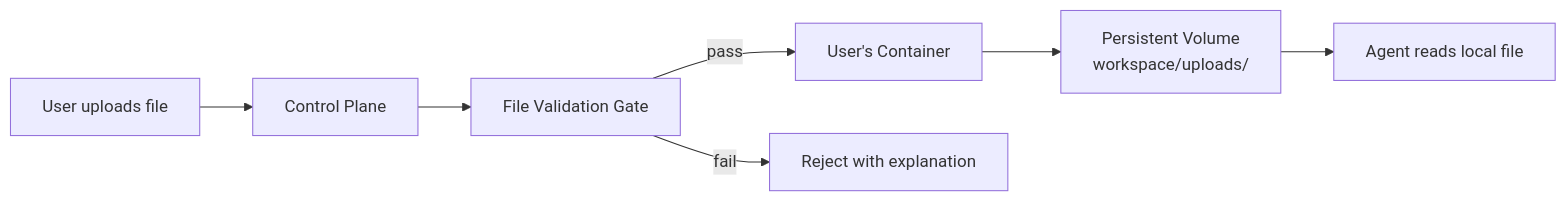
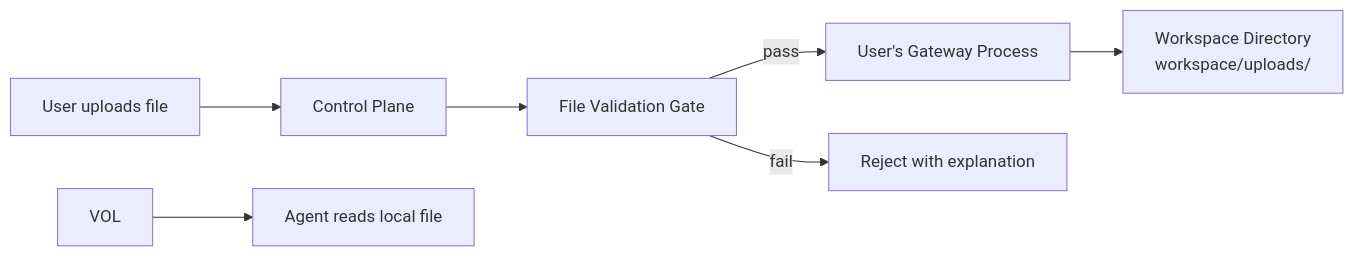
One commit to 1qh/claw changed the first of 2 diagrams in brainstorm/file-handling.md. Above: the diagram before and after it, drawn with Mermaid. The commit also changed other lines of this file and 9 other files, not shown here.

Commit message:
Update all files: replace container refs with gateway process architecture

````diff
--- a/brainstorm/file-handling.md
+++ b/brainstorm/file-handling.md
@@ -9,9 +9,9 @@
 ```mermaid
 graph LR
     USER[User uploads file] --> CP[Control Plane]
     CP --> VALIDATE[File Validation Gate]
-    VALIDATE -->|pass| CONTAINER[User's Container]
+    VALIDATE -->|pass| GW[User's Gateway Process]
     VALIDATE -->|fail| REJECT[Reject with explanation]
-    CONTAINER --> VOL[Persistent Volume<br/>workspace/uploads/]
+    GW --> WS[Workspace Directory<br/>workspace/uploads/]
     VOL --> AGENT[Agent reads local file]
 ```
````
